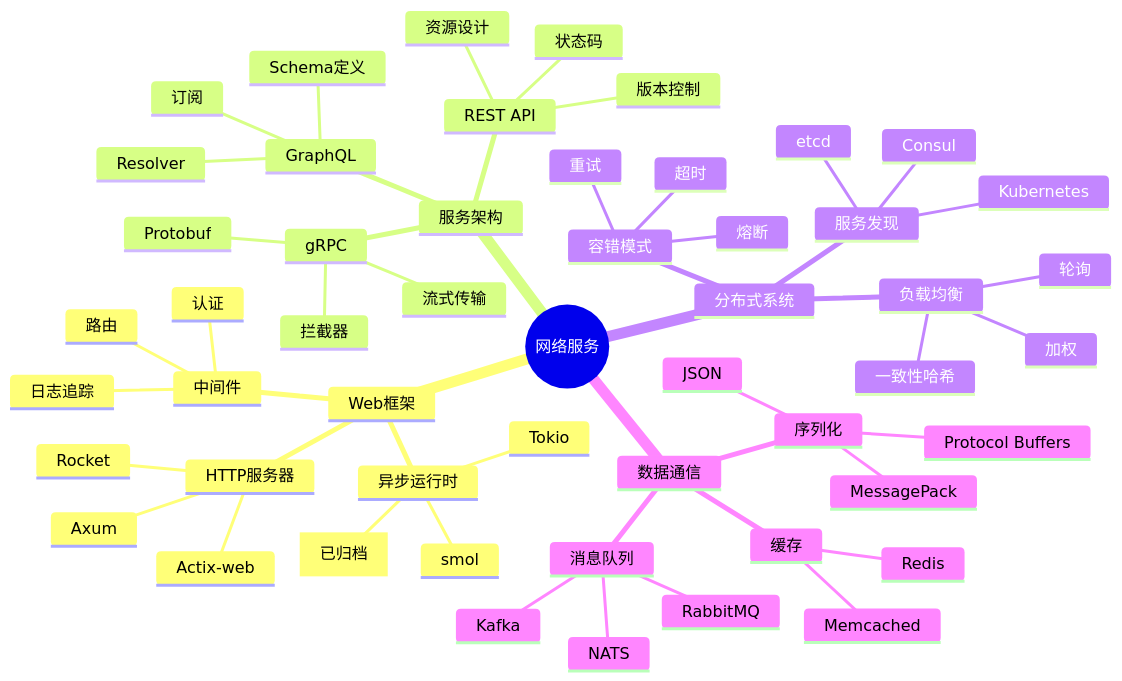
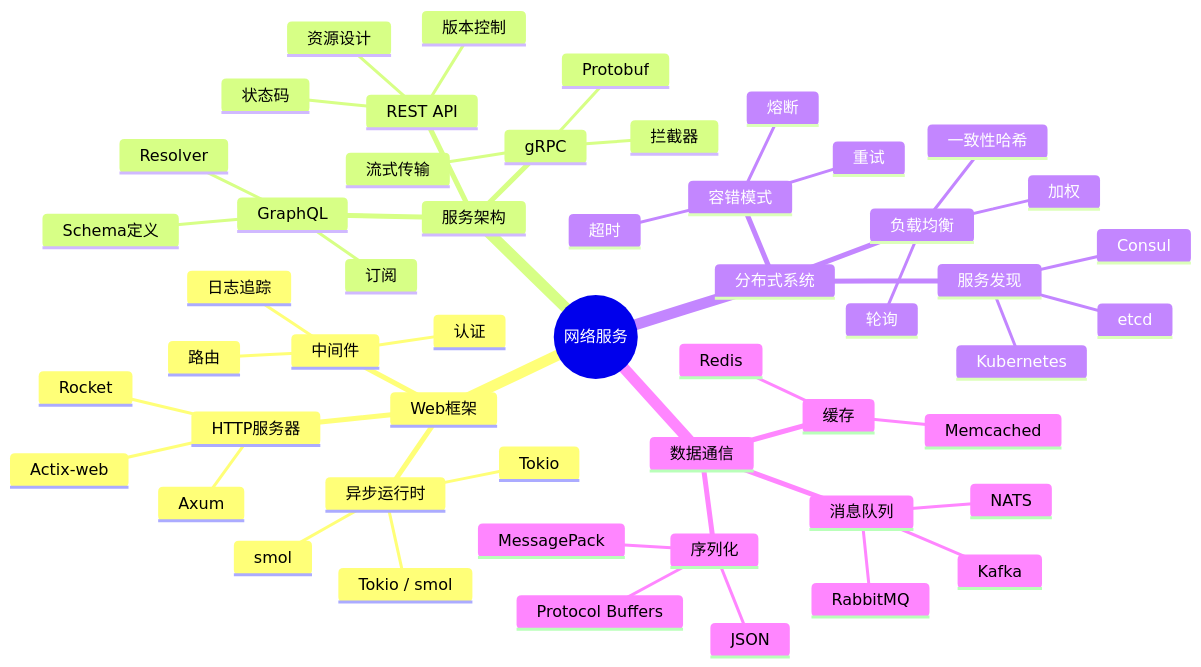
Before and after one commit to martin-ly/rust-lang: the second of 3 diagrams in docs/research_notes/10_application_trees.md, drawn with Mermaid. The commit also changed other lines of this file and 176 other files, not shown here.

````diff
--- a/docs/research_notes/10_application_trees.md
+++ b/docs/research_notes/10_application_trees.md
@@ -174,55 +175,55 @@
 ```mermaid
 mindmap
   root((网络服务))
     Web框架
       异步运行时
         Tokio
-        async-std [已归档]
+        Tokio / smol
         smol
       HTTP服务器
         Axum
         Actix-web
         Rocket
       中间件
         路由
         认证
         日志追踪
     服务架构
       REST API
         资源设计
         状态码
         版本控制
       gRPC
         Protobuf
         流式传输
         拦截器
       GraphQL
         Schema定义
         Resolver
         订阅
     分布式系统
       服务发现
         Consul
         etcd
         Kubernetes
       负载均衡
         轮询
         加权
         一致性哈希
       容错模式
         熔断
         重试
         超时
     数据通信
       序列化
         JSON
         MessagePack
         Protocol Buffers
       消息队列
         Kafka
         RabbitMQ
         NATS
       缓存
         Redis
         Memcached
 ```
````
